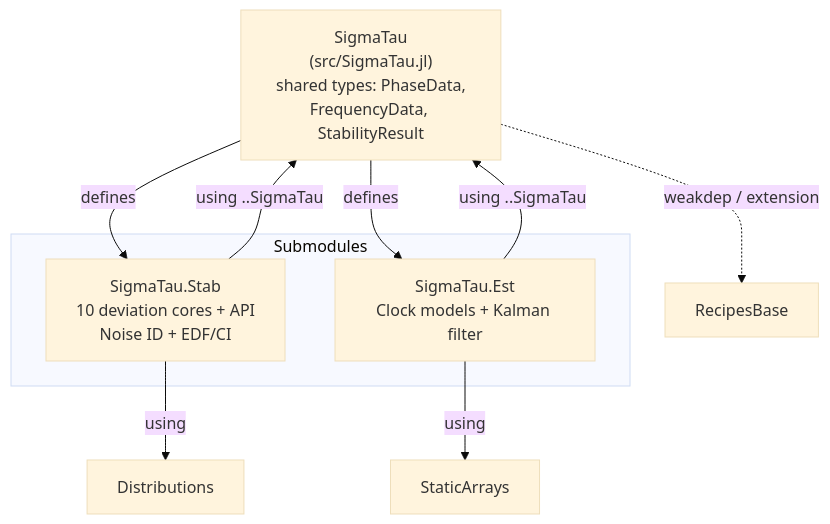
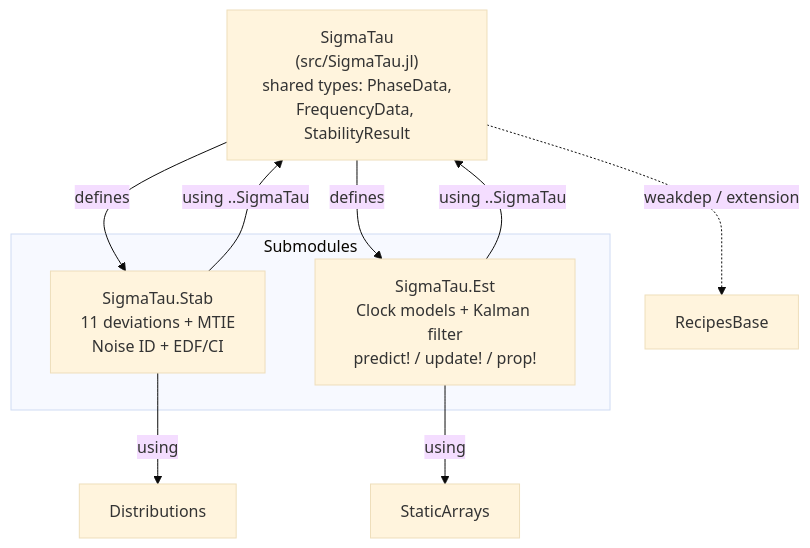
Before and after one commit to ianlap/SigmaTau.jl: the diagram in project_overview.md, drawn with Mermaid (base theme). The commit also changed other lines of this file and 8 other files, not shown here.

````diff
--- a/project_overview.md
+++ b/project_overview.md
@@ -18,17 +11,17 @@
 ```mermaid
 graph TD
     ST["SigmaTau<br/>(src/SigmaTau.jl)<br/>shared types: PhaseData,<br/>FrequencyData, StabilityResult"]
 
     subgraph "Submodules"
-        STAB["SigmaTau.Stab<br/>10 deviation cores + API<br/>Noise ID + EDF/CI"]
-        EST["SigmaTau.Est<br/>Clock models + Kalman filter"]
+        STAB["SigmaTau.Stab<br/>11 deviations + MTIE<br/>Noise ID + EDF/CI"]
+        EST["SigmaTau.Est<br/>Clock models + Kalman filter<br/>predict! / update! / prop!"]
     end
 
     ST -->|"defines"| STAB
     ST -->|"defines"| EST
     STAB -->|"using ..SigmaTau"| ST
     EST -->|"using ..SigmaTau"| ST
     STAB -->|"using"| Distributions
     EST -->|"using"| StaticArrays
     ST -.->|"weakdep / extension"| RecipesBase
 ```
````
